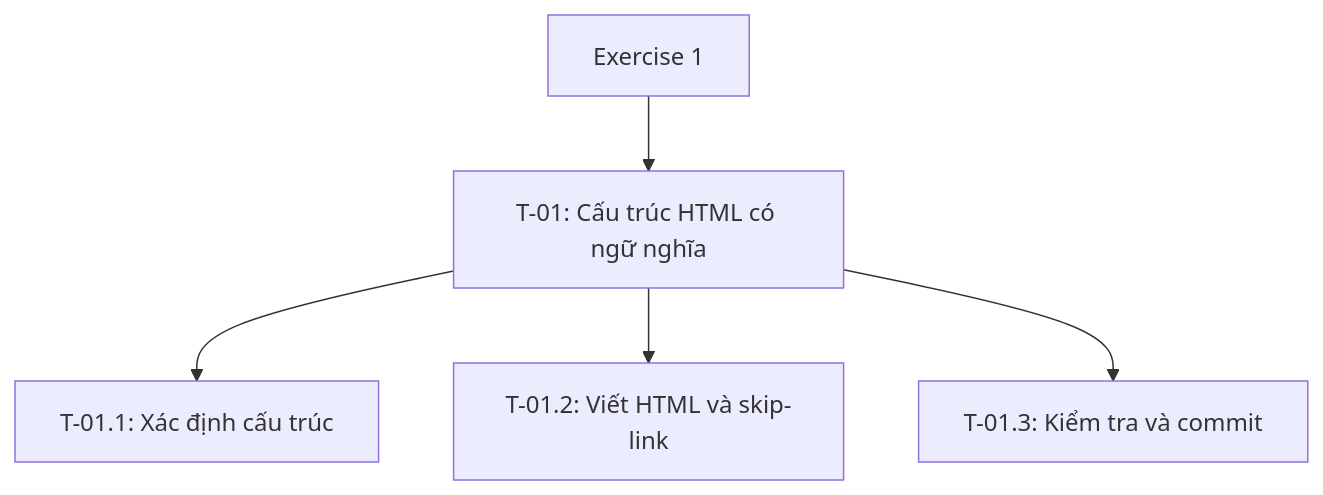
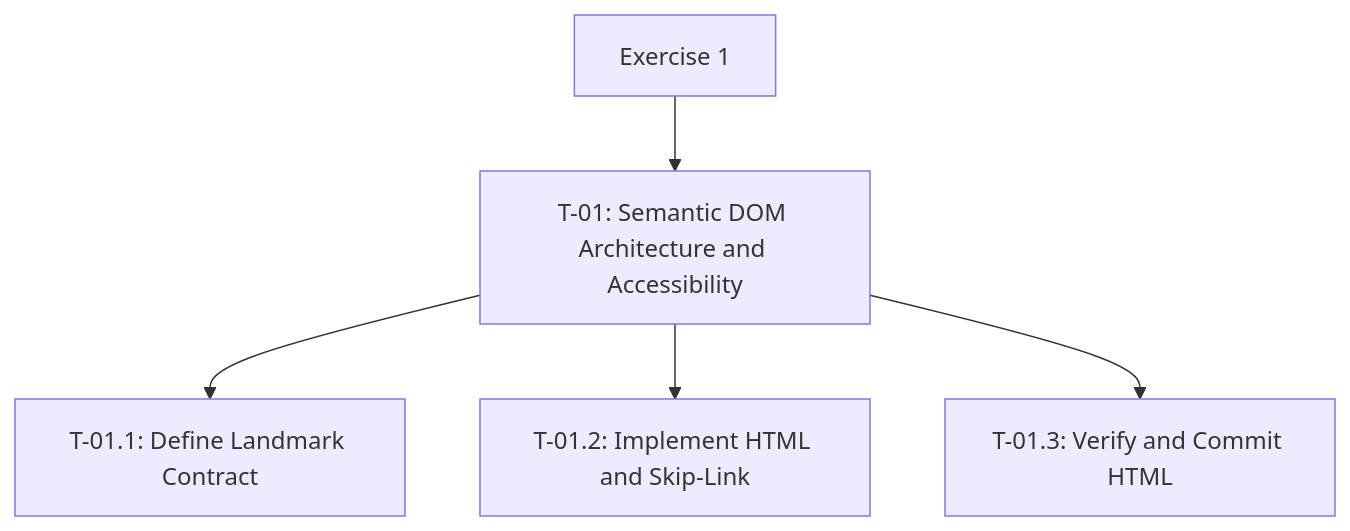
One commit to Edge092022/Lab1 changed the diagram in TASK_DECOMPOSITION.md. Above: the diagram before and after it, drawn with Mermaid. The commit also changed other lines of this file, not shown here.

Commit message:
docs(spec): define Exercise 1 landmark contract and WBS

````diff
--- a/TASK_DECOMPOSITION.md
+++ b/TASK_DECOMPOSITION.md
@@ -17,8 +15,8 @@
 ```mermaid
 flowchart TD
     ROOT["Exercise 1"]
-    ROOT --> T01["T-01: Cấu trúc HTML có ngữ nghĩa"]
-    T01 --> A["T-01.1: Xác định cấu trúc"]
-    T01 --> B["T-01.2: Viết HTML và skip-link"]
-    T01 --> C["T-01.3: Kiểm tra và commit"]
+    ROOT --> T01["T-01: Semantic DOM Architecture and Accessibility"]
+    T01 --> A["T-01.1: Define Landmark Contract"]
+    T01 --> B["T-01.2: Implement HTML and Skip-Link"]
+    T01 --> C["T-01.3: Verify and Commit HTML"]
 ```
````
